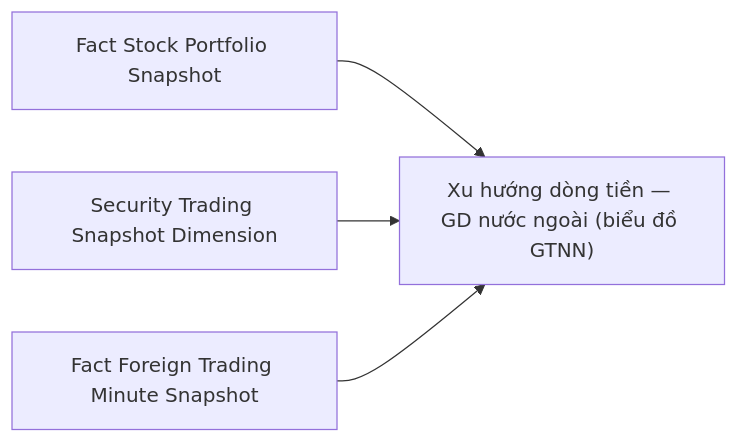
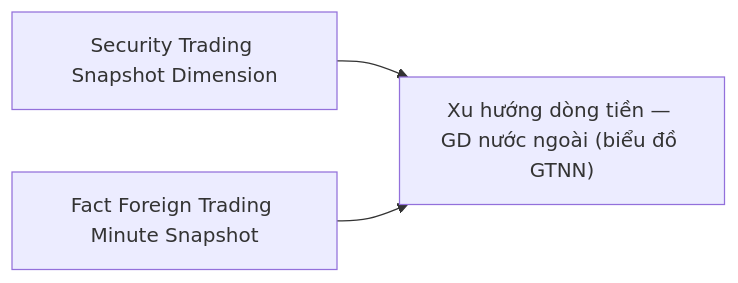
One commit to linhlvit/ubck_atomic_design changed diagram 32 of 45 in Datamart/hld/DTM_GSTT_HLD.md. Above: the diagram before and after it, drawn with Mermaid. The commit also changed other lines of this file and 7 other files, not shown here.

````diff
--- a/Datamart/hld/DTM_GSTT_HLD.md
+++ b/Datamart/hld/DTM_GSTT_HLD.md
@@ -2399,6 +1712,5 @@
 ```mermaid
 flowchart LR
-    F1["Fact Stock Portfolio Snapshot"] --> RPT39["Xu hướng dòng tiền — GD nước ngoài (biểu đồ GTNN)"]
-    D1["Security Trading Snapshot Dimension"] --> RPT39
+    D1["Security Trading Snapshot Dimension"] --> RPT39["Xu hướng dòng tiền — GD nước ngoài (biểu đồ GTNN)"]
     F2["Fact Foreign Trading Minute Snapshot"] --> RPT39
 ```
````
